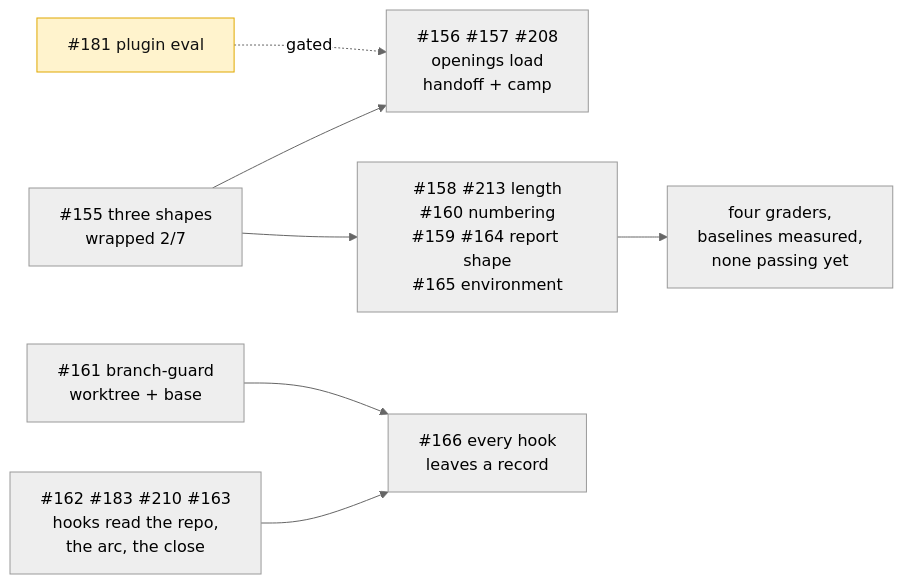
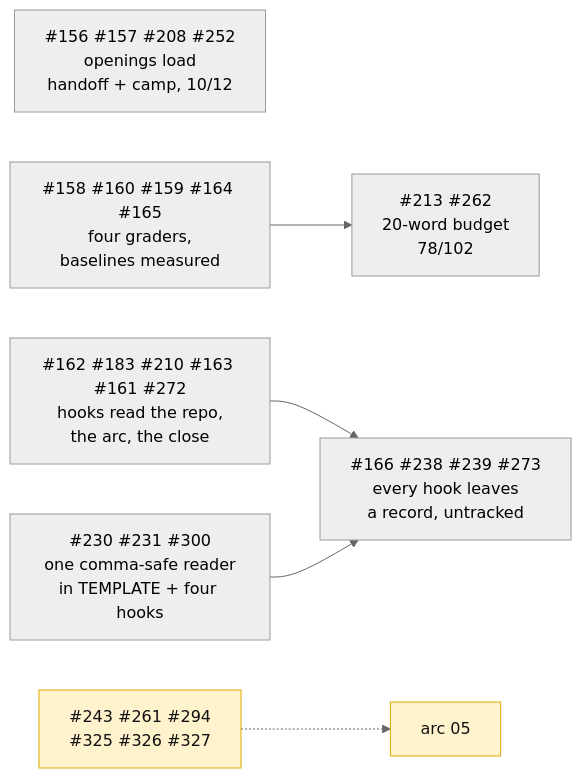
One commit to Calyx-Engineering/arc changed the fourth of 7 diagrams in docs/arc-log/arc-04-dogfood.md. Above: the diagram before and after it, drawn with Mermaid (neutral theme). The commit also changed other lines of this file and 1 other file, not shown here.

First line of the commit message:
docs: Fire's one boundary report, in the reviewed shape (#145)

````diff
--- a/docs/arc-log/arc-04-dogfood.md
+++ b/docs/arc-log/arc-04-dogfood.md
@@ -345,10 +356,9 @@
 ```mermaid
 flowchart LR
-    A["#155 three shapes<br/>wrapped 2/7"] --> B["#156 #157 #208<br/>openings load<br/>handoff + camp"]
-    A --> C["#158 #213 length<br/>#160 numbering<br/>#159 #164 report shape<br/>#165 environment"]
-    C --> D["four graders,<br/>baselines measured,<br/>none passing yet"]
-    E["#162 #183 #210 #163<br/>hooks read the repo,<br/>the arc, the close"] --> F["#166 every hook<br/>leaves a record"]
-    G["#161 branch-guard<br/>worktree + base"] --> F
-    H["#181 plugin eval"]:::blocked -.->|"gated"| B
+    A["#156 #157 #208 #252<br/>openings load<br/>handoff + camp, 10/12"]
+    B["#158 #160 #159 #164 #165<br/>four graders,<br/>baselines measured"] --> C["#213 #262<br/>20-word budget<br/>78/102"]
+    D["#162 #183 #210 #163 #161 #272<br/>hooks read the repo,<br/>the arc, the close"] --> E["#166 #238 #239 #273<br/>every hook leaves<br/>a record, untracked"]
+    F["#230 #231 #300<br/>one comma-safe reader<br/>in TEMPLATE + four hooks"] --> E
+    G["#243 #261 #294<br/>#325 #326 #327"]:::blocked -.-> H["arc 05"]:::blocked
     classDef blocked fill:#fff3cd,stroke:#e0a800,color:#111
 ```
````
